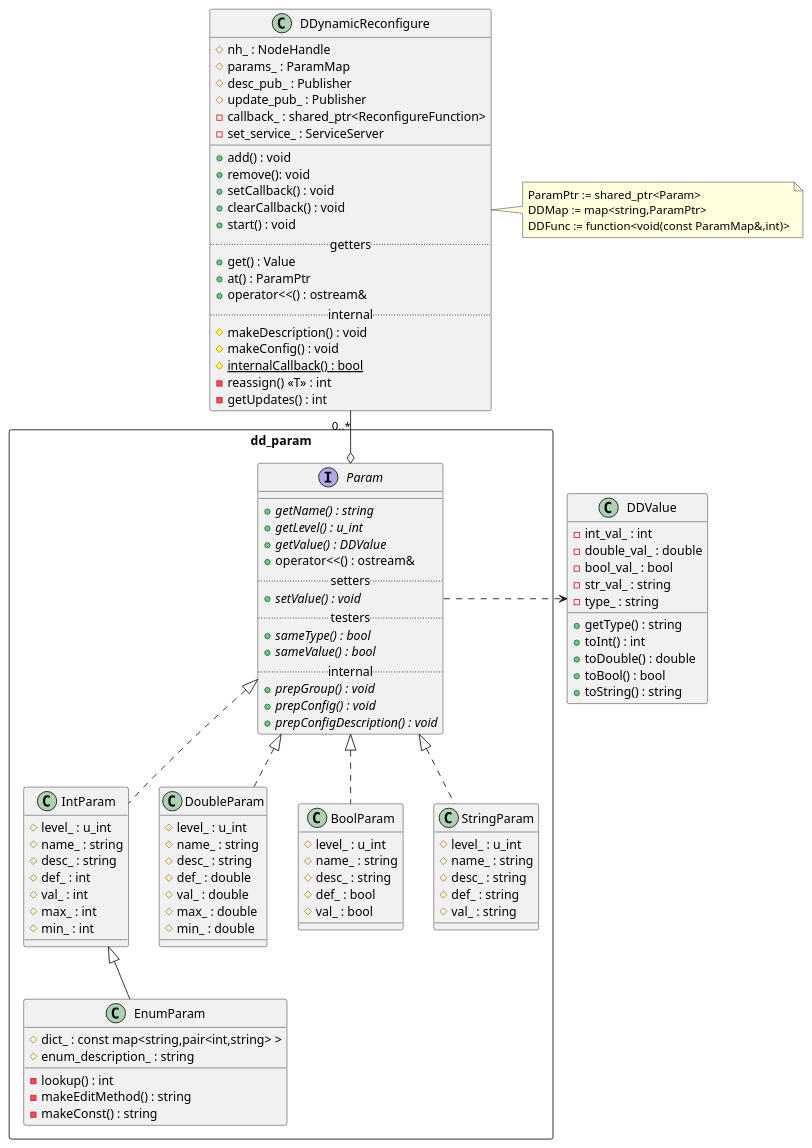
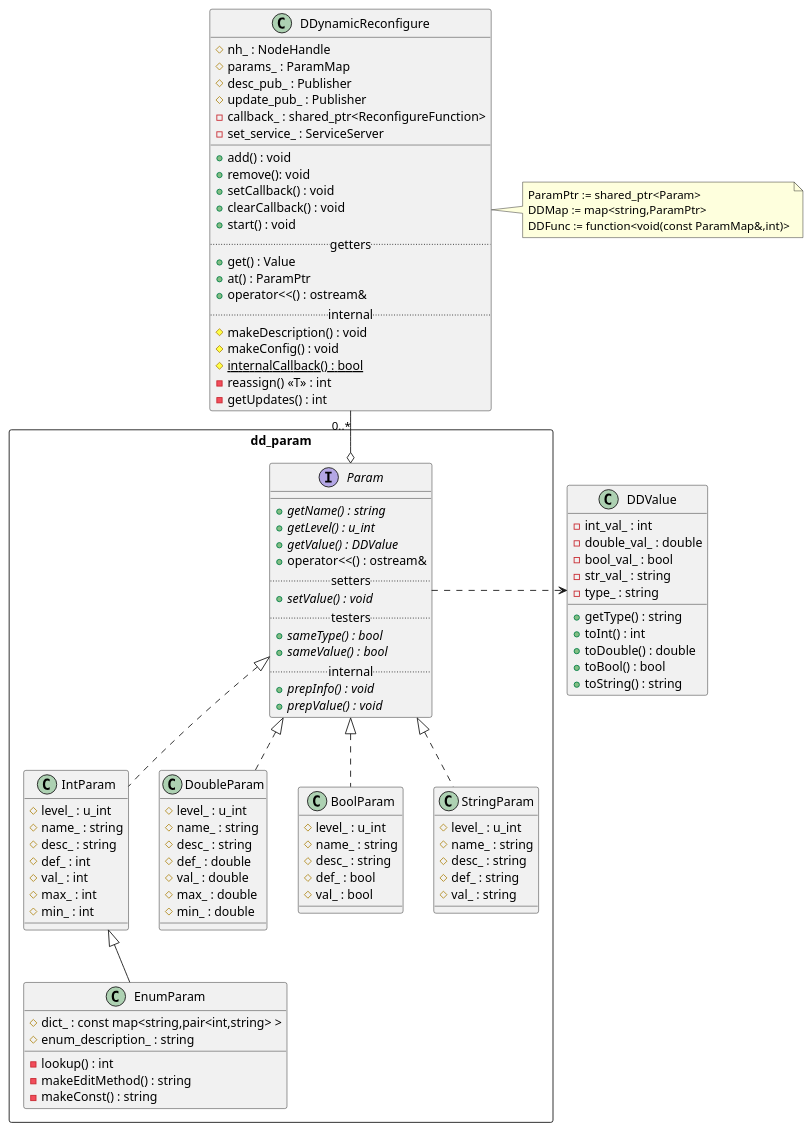
One commit to Noam-Dori/dynamica changed the diagram in uml/class_struct.puml. Above: the diagram before and after it, drawn with PlantUML. The commit also changed 16 other files, not shown here.

```diff
--- a/uml/class_struct.puml
+++ b/uml/class_struct.puml
@@ -1,104 +1,103 @@
 @startuml
 class DDynamicReconfigure {
     #nh_ : NodeHandle
     #params_ : ParamMap
     #desc_pub_ : Publisher
     #update_pub_ : Publisher
     -callback_ : shared_ptr<ReconfigureFunction>
     -set_service_ : ServiceServer
     __
     +add() : void
     +remove(): void
     +setCallback() : void
     +clearCallback() : void
     +start() : void
     ..getters..
     +get() : Value
     +at() : ParamPtr
     +operator<<() : ostream&
     ..internal..
     #makeDescription() : void
     #makeConfig() : void
     #{static} internalCallback() : bool
     -reassign() <<T>> : int
     -getUpdates() : int
 }
 note right: ParamPtr := shared_ptr<Param>\nDDMap := map<string,ParamPtr>\nDDFunc := function<void(const ParamMap&,int)>
 class DDValue {
     -int_val_ : int
     -double_val_ : double
     -bool_val_ : bool
     -str_val_ : string
     -type_ : string
     +getType() : string
     +toInt() : int
     +toDouble() : double
     +toBool() : bool
     +toString() : string
 }
 package dd_param <<Rectangle>> {
     interface Param {
         __
         +{abstract} getName() : string
         +{abstract} getLevel() : u_int
         +{abstract} getValue() : DDValue
         +operator<<() : ostream&
         ..setters..
         +{abstract} setValue() : void
         ..testers..
         +{abstract} sameType() : bool
         +{abstract} sameValue() : bool
         ..internal..
-        +{abstract} prepGroup() : void
-        +{abstract} prepConfig() : void
-        +{abstract} prepConfigDescription() : void
+        +{abstract} prepInfo() : void
+        +{abstract} prepValue() : void
     }
     class IntParam {
         #level_ : u_int
         #name_ : string
         #desc_ : string
         #def_ : int
         #val_ : int
         #max_ : int
         #min_ : int
     }
     class DoubleParam {
         #level_ : u_int
         #name_ : string
         #desc_ : string
         #def_ : double
         #val_ : double
         #max_ : double
         #min_ : double
     }
     class BoolParam {
         #level_ : u_int
         #name_ : string
         #desc_ : string
         #def_ : bool
         #val_ : bool
     }
     class StringParam {
         #level_ : u_int
         #name_ : string
         #desc_ : string
         #def_ : string
         #val_ : string
     }
     class EnumParam {
       #dict_ : const map<string,pair<int,string> >
       #enum_description_ : string
       -lookup() : int
       -makeEditMethod() : string
       -makeConst() : string
     }
 }
 
 Param .> DDValue
 IntParam .u.|> Param
 DoubleParam .u.|> Param
 BoolParam .u.|> Param
 StringParam .u.|> Param
 EnumParam -u-|> IntParam
 DDynamicReconfigure "0..*" --o Param
 @enduml
```
